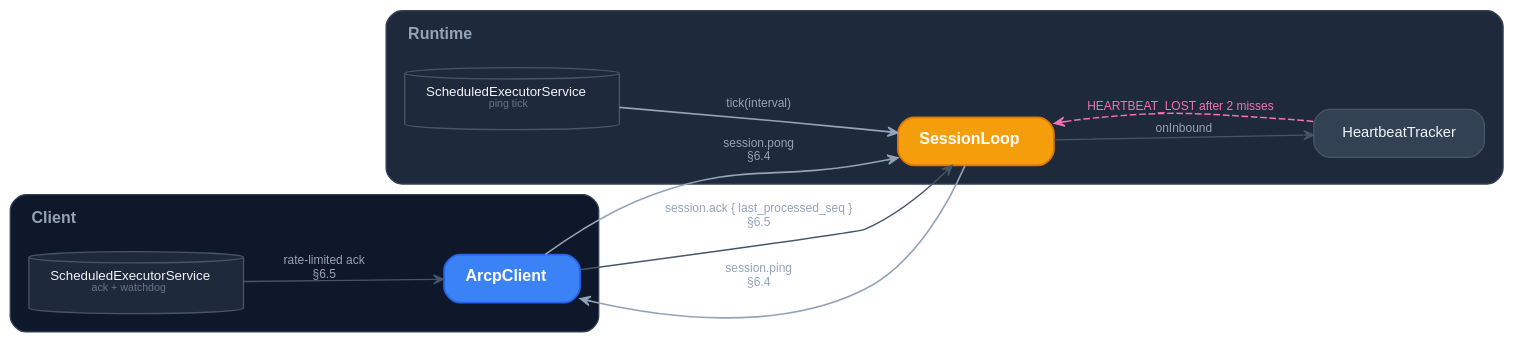
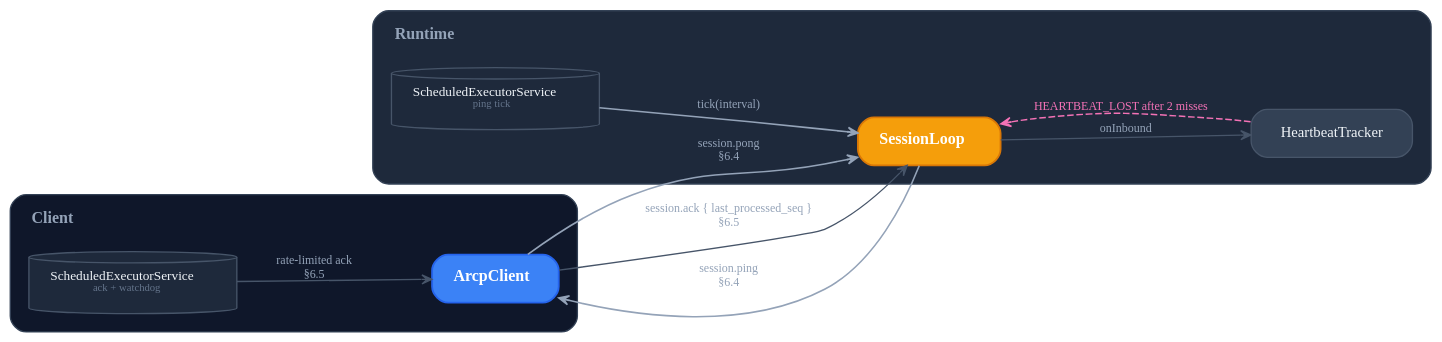
Before and after one commit to agentruntimecontrolprotocol/java-sdk: the diagram in docs/diagrams/heartbeat-ack-dark.dot, drawn with Graphviz. The commit also changed 23 other files, not shown here.

First line of the commit message:
Harmonize Graphviz diagrams with the ARCP design system

```diff
--- a/docs/diagrams/heartbeat-ack-dark.dot
+++ b/docs/diagrams/heartbeat-ack-dark.dot
@@ -1,94 +1,94 @@
 // Heartbeat + ack cadence (dark variant).
 
 digraph HeartbeatAck {
   rankdir=LR;
   bgcolor="transparent";
   compound=true;
-  fontname="Helvetica";
+  fontname="TT Commons Pro Trial";
   splines=spline;
   nodesep=0.34;
   ranksep=0.70;
   pad="0.35,0.25";
 
   node [
     shape=box,
     style="rounded,filled",
     fillcolor="#334155",
     color="#475569",
-    fontname="Helvetica",
+    fontname="TT Commons Pro Trial",
     fontsize=11,
     fontcolor="#F1F5F9",
     margin="0.22,0.11",
     penwidth=1.0
   ];
   edge [
-    fontname="Helvetica",
+    fontname="TT Commons Pro Trial",
     fontsize=9,
     fontcolor="#94A3B8",
     color="#64748B",
     penwidth=1.1,
     arrowsize=0.75,
     arrowhead=vee
   ];
 
   subgraph cluster_client {
     label=<<TABLE BORDER="0" CELLBORDER="0" CELLPADDING="0" CELLSPACING="0"><TR><TD COLSPAN="3" HEIGHT="8"></TD></TR><TR><TD WIDTH="8"></TD><TD><FONT POINT-SIZE="12"><B>Client</B></FONT></TD><TD WIDTH="8"></TD></TR></TABLE>>;
     style="rounded,filled";
     fillcolor="#0F172A";
     color="#334155";
-    fontname="Helvetica";
+    fontname="TT Commons Pro Trial";
     fontcolor="#94A3B8";
     margin=14;
     labeljust=l;
     penwidth=1.0;
 
     ClientApp [
       label=<<FONT POINT-SIZE="12"><B>ArcpClient</B></FONT>>,
       fillcolor="#3B82F6", color="#2563EB",
       fontcolor="white", penwidth=1.4
     ];
     ClientSched [
       label=<<FONT POINT-SIZE="10">ScheduledExecutorService</FONT><BR/><FONT POINT-SIZE="8" COLOR="#64748B">ack + watchdog</FONT>>,
       shape=cylinder, fillcolor="#1E293B"
     ];
   }
 
   subgraph cluster_runtime {
     label=<<TABLE BORDER="0" CELLBORDER="0" CELLPADDING="0" CELLSPACING="0"><TR><TD COLSPAN="3" HEIGHT="8"></TD></TR><TR><TD WIDTH="8"></TD><TD><FONT POINT-SIZE="12"><B>Runtime</B></FONT></TD><TD WIDTH="8"></TD></TR></TABLE>>;
     style="rounded,filled";
     fillcolor="#1E293B";
     color="#334155";
-    fontname="Helvetica";
+    fontname="TT Commons Pro Trial";
     fontcolor="#94A3B8";
     margin=14;
     labeljust=l;
     penwidth=1.0;
 
     SessionLoop [
       label=<<FONT POINT-SIZE="12"><B>SessionLoop</B></FONT>>,
       fillcolor="#F59E0B", color="#D97706",
       fontcolor="white", penwidth=1.4
     ];
     HBTracker [label="HeartbeatTracker"];
     RuntimeSched [
       label=<<FONT POINT-SIZE="10">ScheduledExecutorService</FONT><BR/><FONT POINT-SIZE="8" COLOR="#64748B">ping tick</FONT>>,
       shape=cylinder, fillcolor="#1E293B"
     ];
   }
 
   edge [color="#94A3B8", penwidth=1.2];
   RuntimeSched -> SessionLoop [label="tick(interval)"];
   SessionLoop -> ClientApp [label="session.ping\n§6.4"];
   ClientApp -> SessionLoop [label="session.pong\n§6.4"];
 
   edge [color="#475569", penwidth=1.0];
   ClientSched -> ClientApp [label="rate-limited ack\n§6.5"];
   ClientApp -> SessionLoop [label="session.ack { last_processed_seq }\n§6.5"];
   SessionLoop -> HBTracker [label="onInbound"];
 
   edge [style=dashed, color="#F472B6", penwidth=1.1, constraint=false];
   HBTracker -> SessionLoop [
     label=<<FONT COLOR="#F472B6">HEARTBEAT_LOST after 2 misses</FONT>>,
     fontsize=9
   ];
 }
```
